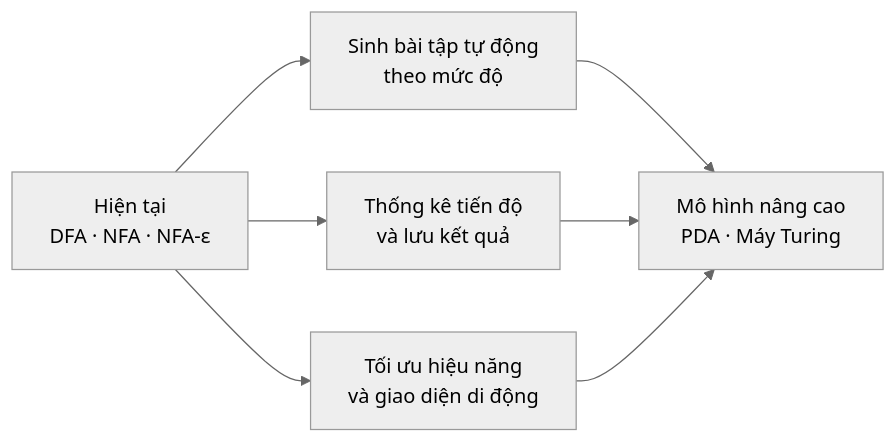
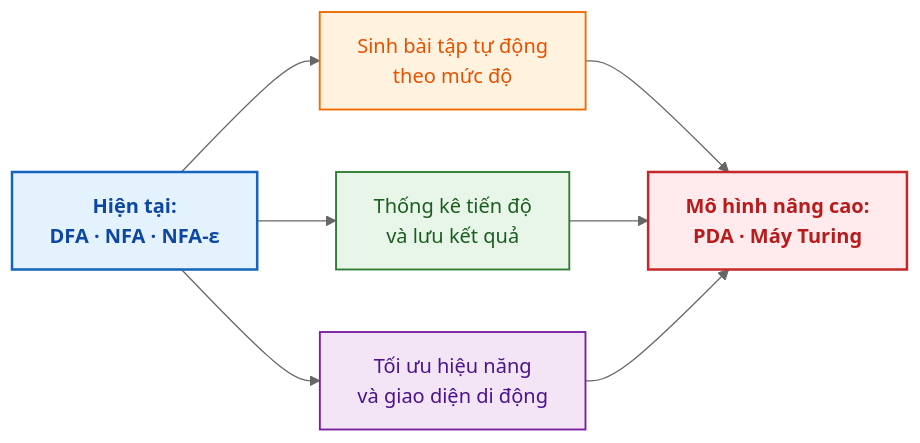
The seventh of 7 diagrams in README.md (huynhthanhphong231004IT/Theoretical_Computer_Science_CT121), drawn with Mermaid (neutral theme) before and after one commit. The commit also changed other lines of this file, not shown here.

````diff
--- a/README.md
+++ b/README.md
@@ -317,9 +271,27 @@
 ```mermaid
 flowchart LR
-    NOW["Hiện tại<br/>DFA · NFA · NFA-ε"] --> A["Sinh bài tập tự động<br/>theo mức độ"]
-    NOW --> B["Thống kê tiến độ<br/>và lưu kết quả"]
-    NOW --> C["Tối ưu hiệu năng<br/>và giao diện di động"]
-    A --> NEXT["Mô hình nâng cao<br/>PDA · Máy Turing"]
+    %% Định nghĩa phong cách màu sắc chuẩn Academic (Nhiều màu, chuyên nghiệp)
+    classDef current fill:#E3F2FD,stroke:#1565C0,stroke-width:2px,color:#0D47A1,font-weight:bold;
+    classDef featureA fill:#FFF3E0,stroke:#EF6C00,stroke-width:1.5px,color:#E65100;
+    classDef featureB fill:#E8F5E9,stroke:#2E7D32,stroke-width:1.5px,color:#1B5E20;
+    classDef featureC fill:#F3E5F5,stroke:#7B1FA2,stroke-width:1.5px,color:#4A148C;
+    classDef nextNode fill:#FFEBEE,stroke:#C62828,stroke-width:2px,color:#B71C1C,font-weight:bold;
+
+    %% Các nút trong sơ đồ (đã ngắt dòng chủ động tránh xén chữ)
+    NOW["Hiện tại:<br/>DFA · NFA · NFA-ε"]:::current
+    
+    A["Sinh bài tập tự động<br/>theo mức độ"]:::featureA
+    B["Thống kê tiến độ<br/>và lưu kết quả"]:::featureB
+    C["Tối ưu hiệu năng<br/>và giao diện di động"]:::featureC
+    
+    NEXT["Mô hình nâng cao:<br/>PDA · Máy Turing"]:::nextNode
+
+    %% Luồng liên kết định hướng phát triển
+    NOW --> A
+    NOW --> B
+    NOW --> C
+    
+    A --> NEXT
     B --> NEXT
     C --> NEXT
 ```
````
